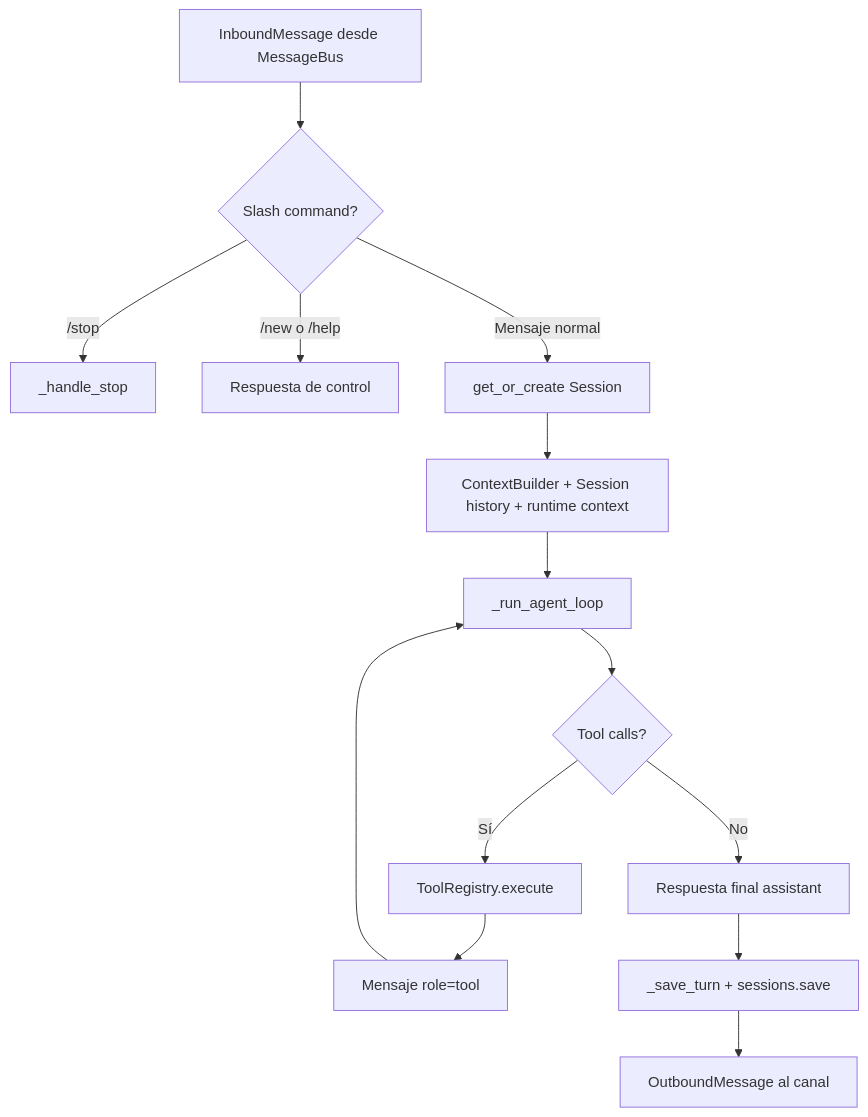
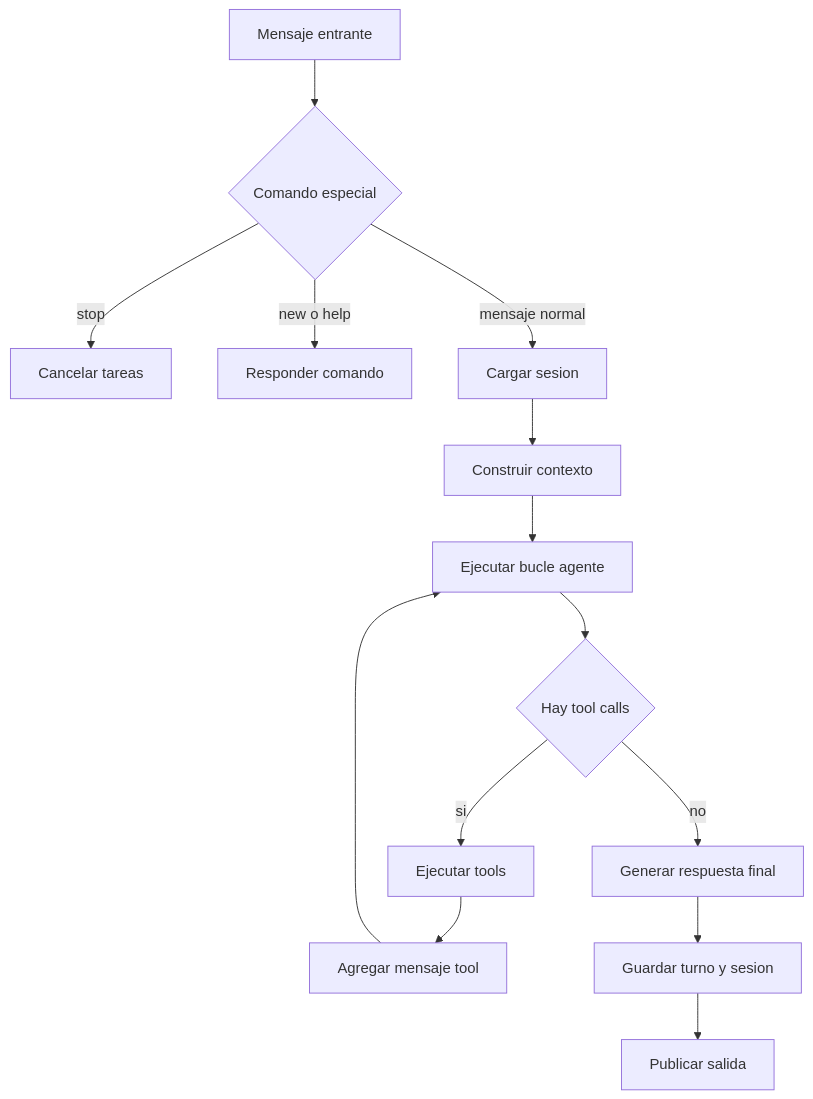
The first of 3 diagrams in docs/05-agentloop.md (Notifai-Team1/ProjectX-nanobot), drawn with Mermaid before and after one commit. The commit also changed other lines of this file and 3 other files, not shown here.

Commit message:
docs: corregir sintaxis mermaid y agregar diagramas de memoria

````diff
--- a/docs/05-agentloop.md
+++ b/docs/05-agentloop.md
@@ -125,16 +125,16 @@
 ```mermaid
 flowchart TD
-    A[InboundMessage desde MessageBus] --> B{Slash command?}
-    B -- /stop --> C[_handle_stop]
-    B -- /new o /help --> D[Respuesta de control]
-    B -- Mensaje normal --> E[get_or_create Session]
-    E --> F[ContextBuilder + Session history + runtime context]
-    F --> G[_run_agent_loop]
-    G --> H{Tool calls?}
-    H -- Sí --> I[ToolRegistry.execute]
-    I --> J[Mensaje role=tool]
+    A[Mensaje entrante] --> B{Comando especial}
+    B -- stop --> C[Cancelar tareas]
+    B -- new o help --> D[Responder comando]
+    B -- mensaje normal --> E[Cargar sesion]
+    E --> F[Construir contexto]
+    F --> G[Ejecutar bucle agente]
+    G --> H{Hay tool calls}
+    H -- si --> I[Ejecutar tools]
+    I --> J[Agregar mensaje tool]
     J --> G
-    H -- No --> K[Respuesta final assistant]
-    K --> L[_save_turn + sessions.save]
-    L --> M[OutboundMessage al canal]
+    H -- no --> K[Generar respuesta final]
+    K --> L[Guardar turno y sesion]
+    L --> M[Publicar salida]
 ```
````
